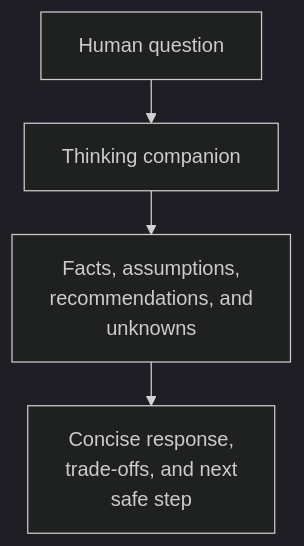
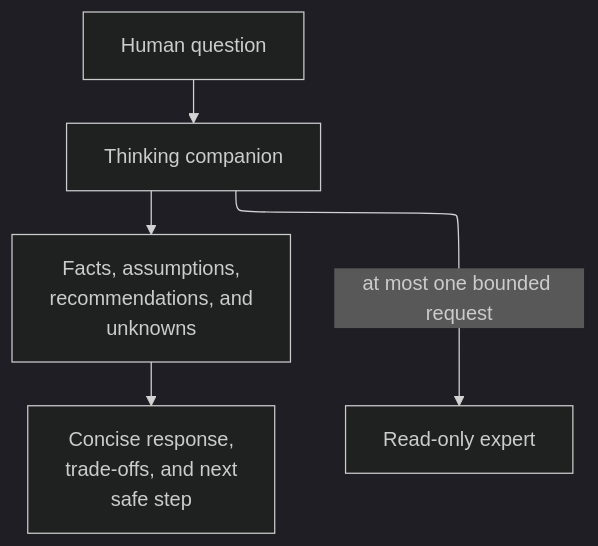
The diagram in agents/thinking-companion/as-is.md (abstract-business-systems/as-is), drawn with Mermaid (dark theme) before and after one commit. The commit also changed other lines of this file and 35 other files, not shown here.

````diff
--- a/agents/thinking-companion/as-is.md
+++ b/agents/thinking-companion/as-is.md
@@ -16,10 +15,11 @@
 ```mermaid
 ---
 config:
   layout: elk
 ---
 flowchart TB
     Question["Human question"] --> Companion["Thinking companion"]
     Companion --> Context["Facts, assumptions,<br/>recommendations, and<br/>unknowns"]
     Context --> Response["Concise response,<br/>trade-offs, and next<br/>safe step"]
+    Companion -->|at most one bounded request| Expert["Read-only expert"]
 ```
````
